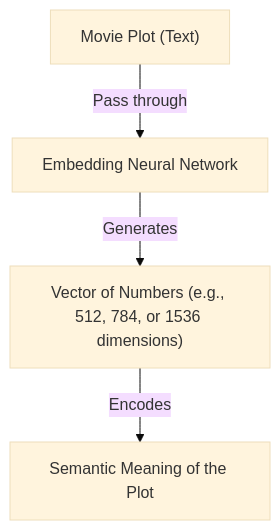
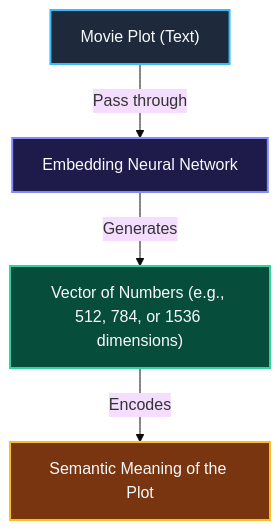
One commit to kioskOG/kioskOG.github.io changed the second of 6 diagrams in docs/ai/RAG/Vector-Stores.md. Above: the diagram before and after it, drawn with Mermaid (base theme). The commit also changed other lines of this file and 13 other files, not shown here.

Commit message:
fixed rag & mcp mermaid diagrams

````diff
--- a/docs/ai/RAG/Vector-Stores.md
+++ b/docs/ai/RAG/Vector-Stores.md
@@ -101,6 +129,11 @@
 ```mermaid
 graph TD
     Text["Movie Plot (Text)"] -->|Pass through| Model["Embedding Neural Network"]
     Model -->|Generates| Vector["Vector of Numbers (e.g., 512, 784, or 1536 dimensions)"]
     Vector -->|Encodes| Semantic["Semantic Meaning of the Plot"]
+
+    style Text fill:#1e293b,stroke:#38bdf8,stroke-width:2px,color:#f8fafc
+    style Model fill:#1e1b4b,stroke:#818cf8,stroke-width:2px,color:#f8fafc
+    style Vector fill:#064e3b,stroke:#34d399,stroke-width:2px,color:#f8fafc
+    style Semantic fill:#78350f,stroke:#fbbf24,stroke-width:2px,color:#f8fafc
 ```
````
